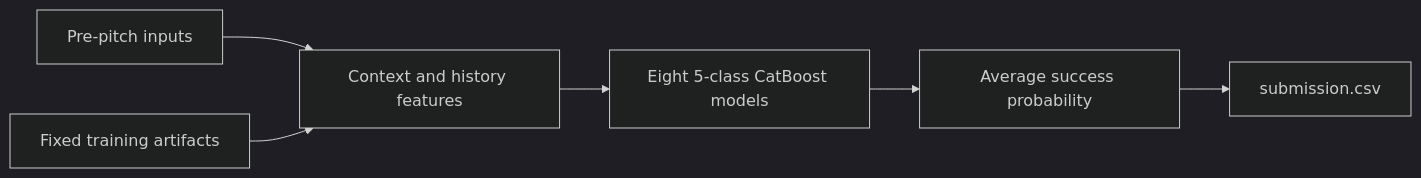
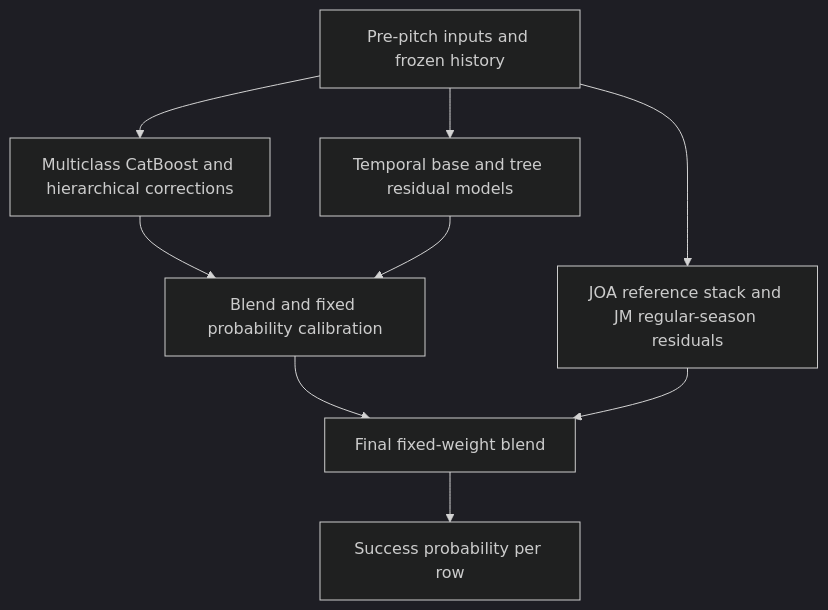
The diagram in README.md (this-acorn/LGAimers), drawn with Mermaid (dark theme) before and after one commit. The commit also changed other lines of this file and 8 other files, not shown here.

````diff
--- a/README.md
+++ b/README.md
@@ -53,8 +64,11 @@
 ```mermaid
-flowchart LR
-    A[Pre-pitch inputs] --> B[Context and history features]
-    C[Fixed training artifacts] --> B
-    B --> D[Eight 5-class CatBoost models]
-    D --> E[Average success probability]
-    E --> F[submission.csv]
+flowchart TD
+    A[Pre-pitch inputs and frozen history] --> B[Multiclass CatBoost and hierarchical corrections]
+    A --> C[Temporal base and tree residual models]
+    B --> D[Blend and fixed probability calibration]
+    C --> D
+    A --> E[JOA reference stack and JM regular-season residuals]
+    D --> F[Final fixed-weight blend]
+    E --> F
+    F --> G[Success probability per row]
 ```
````
